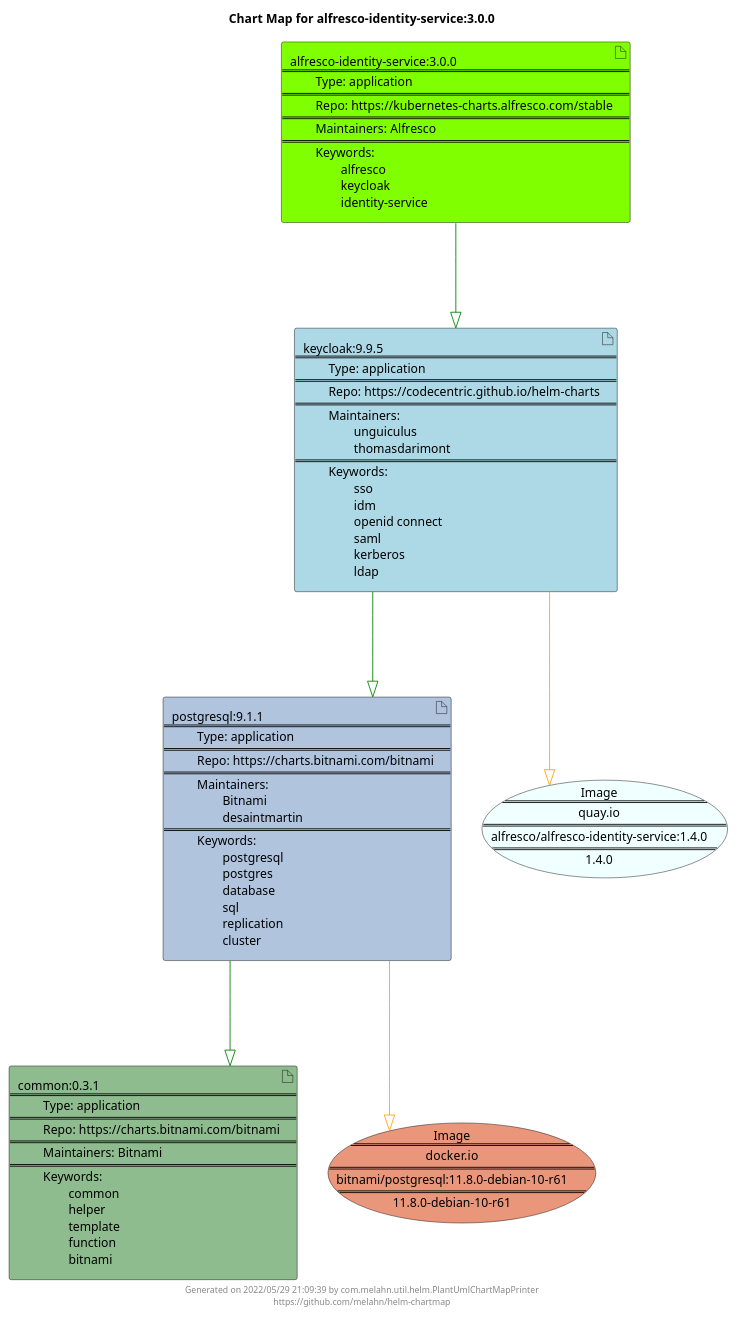
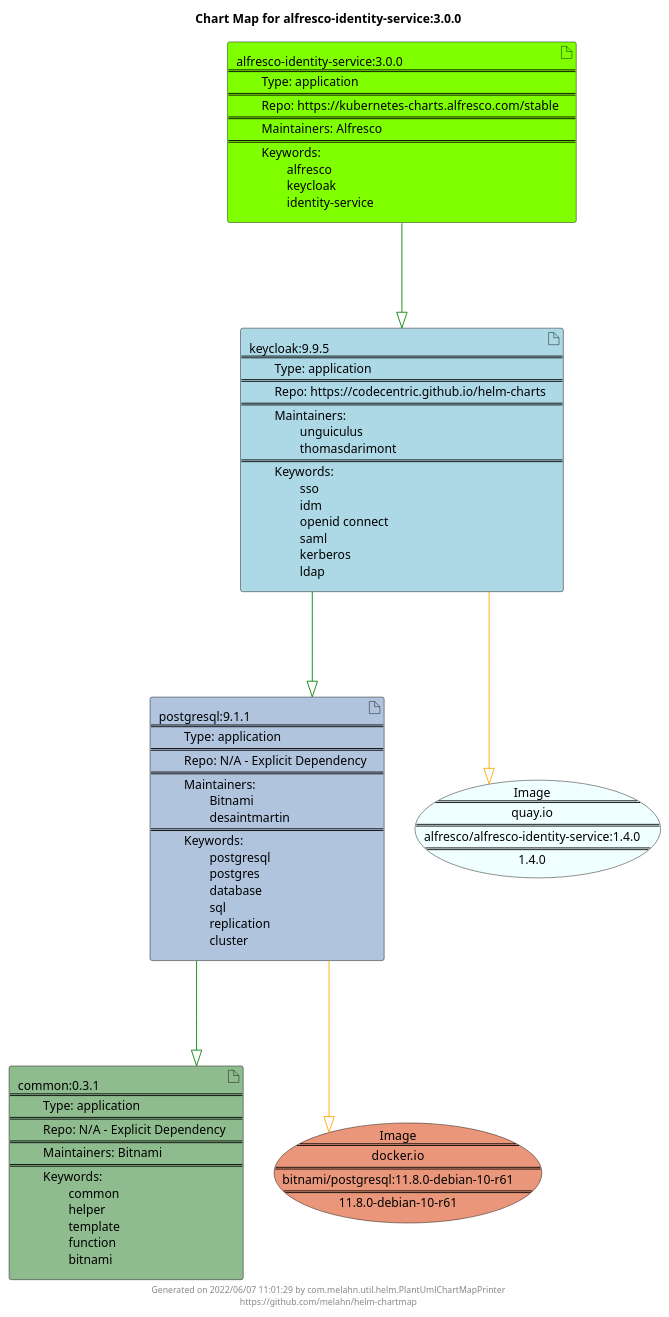
The diagram in docs/alfresco-identity-service/alfresco-identity-service-3.0.0.puml (melahn/helm-chartmap), drawn with PlantUML before and after one commit. The commit also changed 62 other files, not shown here.

Commit message:
Update Example Chart Maps as part of GitHub build

```diff
--- a/docs/alfresco-identity-service/alfresco-identity-service-3.0.0.puml
+++ b/docs/alfresco-identity-service/alfresco-identity-service-3.0.0.puml
@@ -1,29 +1,29 @@
 @startuml
 skinparam linetype ortho
 skinparam backgroundColor white
 skinparam usecaseBorderColor black
 skinparam usecaseArrowColor LightSlateGray
 skinparam artifactBorderColor black
 skinparam artifactArrowColor LightSlateGray
 
 title Chart Map for alfresco-identity-service:3.0.0
 
 'There are 4 referenced Helm Charts
-artifact "postgresql:9.1.1\n====\n\tType: application\n====\n\tRepo: https://charts.bitnami.com/bitnami\n====\n\tMaintainers: \n\t\tBitnami\n\t\tdesaintmartin\n====\n\tKeywords: \n\t\tpostgresql\n\t\tpostgres\n\t\tdatabase\n\t\tsql\n\t\treplication\n\t\tcluster" as postgresql_9_1_1 #LightSteelBlue
+artifact "postgresql:9.1.1\n====\n\tType: application\n====\n\tRepo: N/A - Explicit Dependency\n====\n\tMaintainers: \n\t\tBitnami\n\t\tdesaintmartin\n====\n\tKeywords: \n\t\tpostgresql\n\t\tpostgres\n\t\tdatabase\n\t\tsql\n\t\treplication\n\t\tcluster" as postgresql_9_1_1 #LightSteelBlue
 artifact "alfresco-identity-service:3.0.0\n====\n\tType: application\n====\n\tRepo: https://kubernetes-charts.alfresco.com/stable\n====\n\tMaintainers: Alfresco\n====\n\tKeywords: \n\t\talfresco\n\t\tkeycloak\n\t\tidentity-service" as alfresco_identity_service_3_0_0 #Chartreuse
 artifact "keycloak:9.9.5\n====\n\tType: application\n====\n\tRepo: https://codecentric.github.io/helm-charts\n====\n\tMaintainers: \n\t\tunguiculus\n\t\tthomasdarimont\n====\n\tKeywords: \n\t\tsso\n\t\tidm\n\t\topenid connect\n\t\tsaml\n\t\tkerberos\n\t\tldap" as keycloak_9_9_5 #LightBlue
-artifact "common:0.3.1\n====\n\tType: application\n====\n\tRepo: https://charts.bitnami.com/bitnami\n====\n\tMaintainers: Bitnami\n====\n\tKeywords: \n\t\tcommon\n\t\thelper\n\t\ttemplate\n\t\tfunction\n\t\tbitnami" as common_0_3_1 #DarkSeaGreen
+artifact "common:0.3.1\n====\n\tType: application\n====\n\tRepo: N/A - Explicit Dependency\n====\n\tMaintainers: Bitnami\n====\n\tKeywords: \n\t\tcommon\n\t\thelper\n\t\ttemplate\n\t\tfunction\n\t\tbitnami" as common_0_3_1 #DarkSeaGreen
 
 'There are 2 referenced Docker Images
 usecase "Image\n====\ndocker.io\n====\nbitnami/postgresql:11.8.0-debian-10-r61\n====\n11.8.0-debian-10-r61" as docker_io_bitnami_postgresql_11_8_0_debian_10_r61 #DarkSalmon
 usecase "Image\n====\nquay.io\n====\nalfresco/alfresco-identity-service:1.4.0\n====\n1.4.0" as quay_io_alfresco_alfresco_identity_service_1_4_0 #Azure
 
 'Chart Dependencies
 alfresco_identity_service_3_0_0--[#green]-|>keycloak_9_9_5
 keycloak_9_9_5--[#green]-|>postgresql_9_1_1
 postgresql_9_1_1--[#green]-|>common_0_3_1
 postgresql_9_1_1--[#orange]-|>docker_io_bitnami_postgresql_11_8_0_debian_10_r61
 keycloak_9_9_5--[#orange]-|>quay_io_alfresco_alfresco_identity_service_1_4_0
 
-center footer Generated on 2022/05/29 21:09:39 by com.melahn.util.helm.PlantUmlChartMapPrinter\nhttps://github.com/melahn/helm-chartmap
+center footer Generated on 2022/06/07 11:01:29 by com.melahn.util.helm.PlantUmlChartMapPrinter\nhttps://github.com/melahn/helm-chartmap
 @enduml
```
